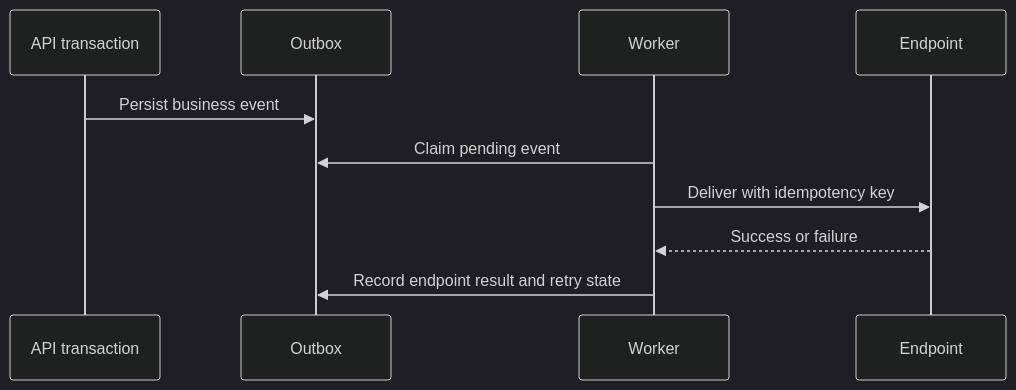
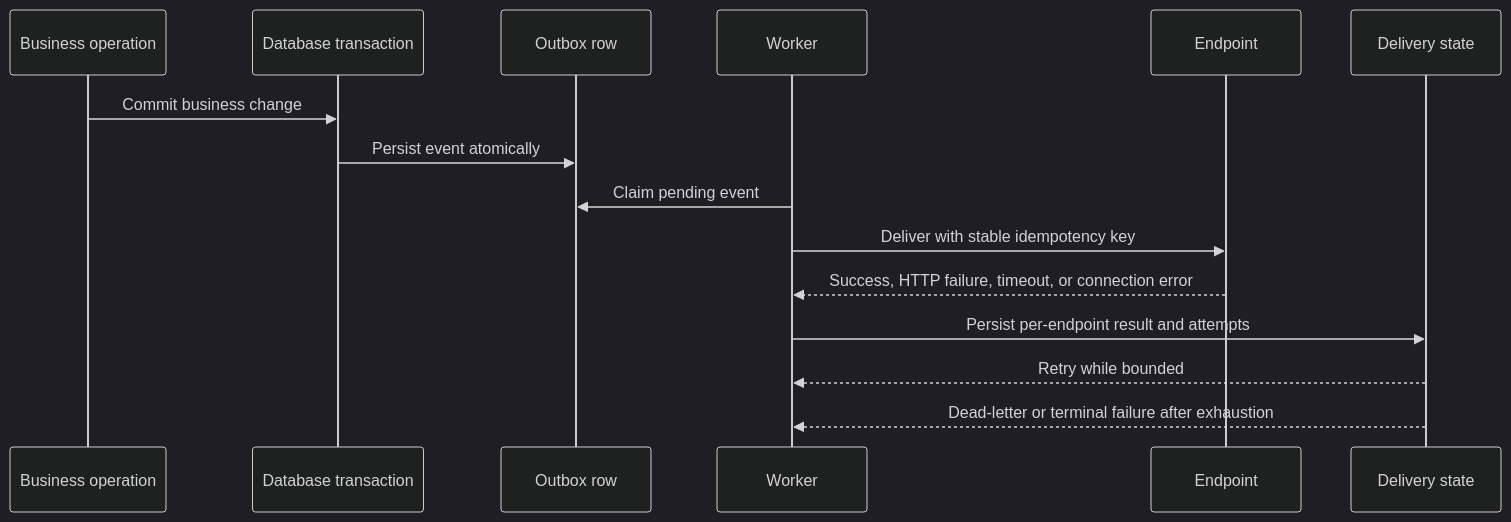
The diagram in docs/diagrams/webhook-outbox.mmd (varunjakkampudi-tech/OraOne), drawn with Mermaid (dark theme) before and after one commit. The commit also changed 34 other files, not shown here.

```diff
--- a/docs/diagrams/webhook-outbox.mmd
+++ b/docs/diagrams/webhook-outbox.mmd
@@ -1,10 +1,15 @@
 sequenceDiagram
-  participant Tx as API transaction
-  participant O as Outbox
+  participant B as Business operation
+  participant T as Database transaction
+  participant O as Outbox row
   participant W as Worker
-  participant H as Endpoint
-  Tx->>O: Persist business event
+  participant E as Endpoint
+  participant D as Delivery state
+  B->>T: Commit business change
+  T->>O: Persist event atomically
   W->>O: Claim pending event
-  W->>H: Deliver with idempotency key
-  H-->>W: Success or failure
-  W->>O: Record endpoint result and retry state
+  W->>E: Deliver with stable idempotency key
+  E-->>W: Success, HTTP failure, timeout, or connection error
+  W->>D: Persist per-endpoint result and attempts
+  D-->>W: Retry while bounded
+  D-->>W: Dead-letter or terminal failure after exhaustion
```
